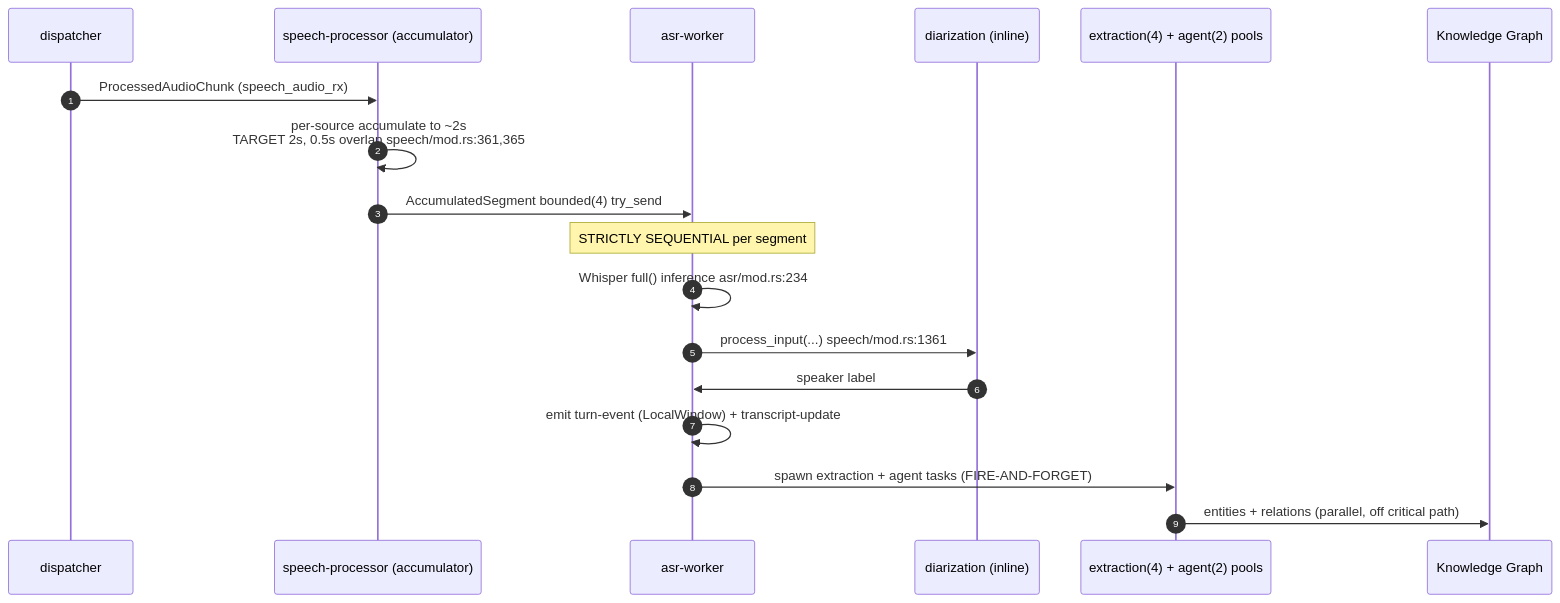
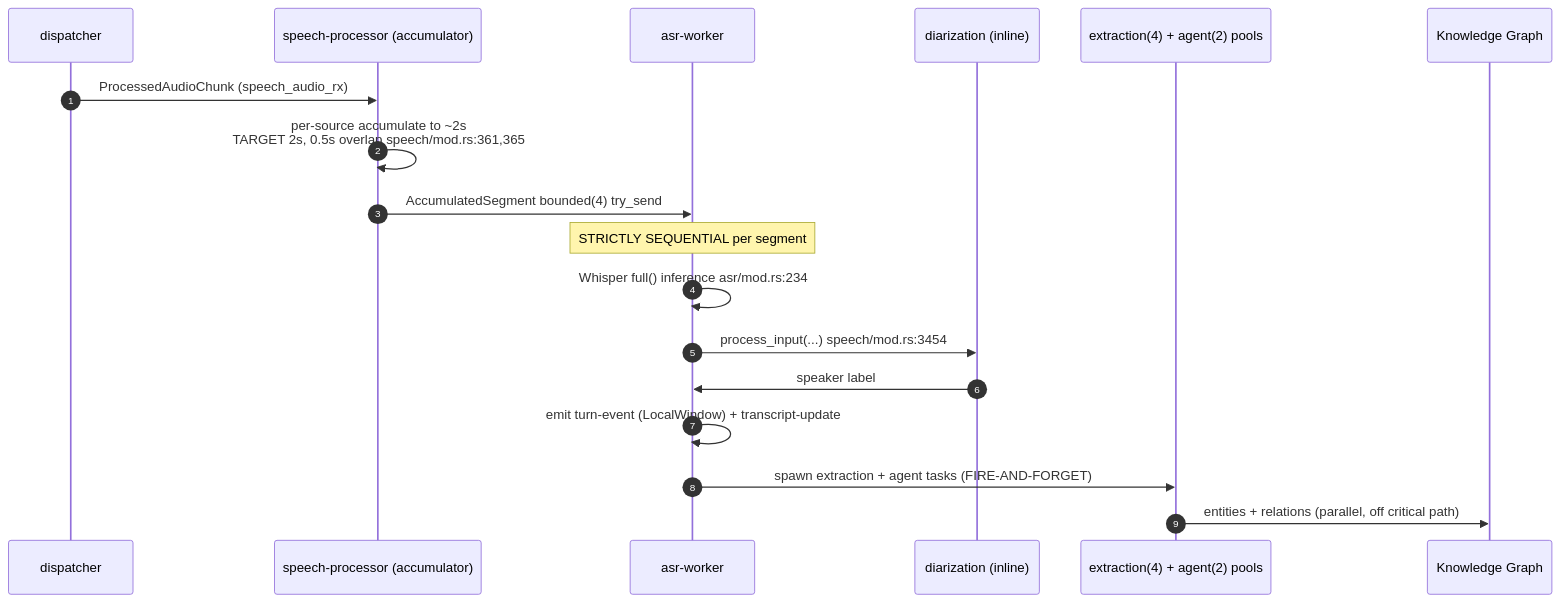
The fifth of 11 diagrams in docs/DATA_FLOW.md (Codeseys-Labs/audio-graph), drawn with Mermaid before and after one commit. The commit also changed other lines of this file and 2 other files, not shown here.

First line of the commit message:
docs(audio-pipeline): refresh guide + inline docs (seed audio-graph-53a6)

````diff
--- a/docs/DATA_FLOW.md
+++ b/docs/DATA_FLOW.md
@@ -249,21 +315,21 @@
 ```mermaid
 sequenceDiagram
     autonumber
     participant DISP as dispatcher
     participant ACC as speech-processor (accumulator)
     participant ASR as asr-worker
     participant DIAR as diarization (inline)
     participant POOL as extraction(4) + agent(2) pools
     participant G as Knowledge Graph
 
     DISP->>ACC: ProcessedAudioChunk (speech_audio_rx)
     ACC->>ACC: per-source accumulate to ~2s<br/>TARGET 2s, 0.5s overlap  speech/mod.rs:361,365
     ACC->>ASR: AccumulatedSegment  bounded(4) try_send
     Note over ASR: STRICTLY SEQUENTIAL per segment
     ASR->>ASR: Whisper full() inference  asr/mod.rs:234
-    ASR->>DIAR: process_input(...)  speech/mod.rs:1361
+    ASR->>DIAR: process_input(...)  speech/mod.rs:3454
     DIAR->>ASR: speaker label
     ASR->>ASR: emit turn-event (LocalWindow) + transcript-update
     ASR->>POOL: spawn extraction + agent tasks (FIRE-AND-FORGET)
     POOL->>G: entities + relations (parallel, off critical path)
 ```
````
